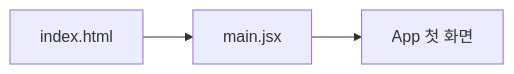
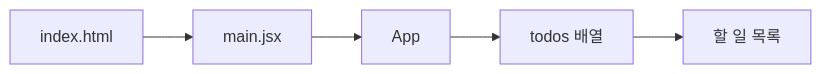
The diagram in .projectcode/wiki/scenarios.md (meta-agent-project/projectcode-agent), drawn with Mermaid before and after one commit. The commit also changed other lines of this file and 4 other files, not shown here.

````diff
--- a/.projectcode/wiki/scenarios.md
+++ b/.projectcode/wiki/scenarios.md
@@ -5,5 +5,7 @@
 ```mermaid
 flowchart LR
   A[index.html] --> B[main.jsx]
-  B --> C[App 첫 화면]
+  B --> C[App]
+  C --> D[todos 배열]
+  D --> E[할 일 목록]
 ```
````
